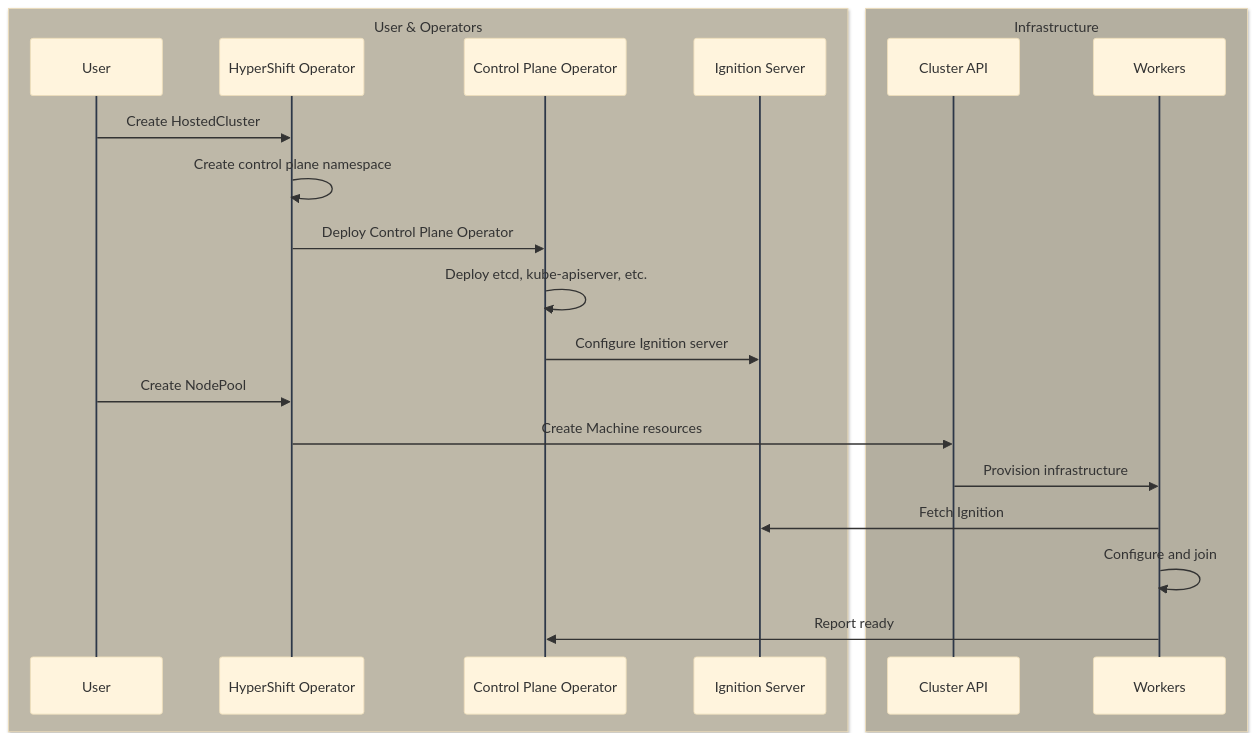
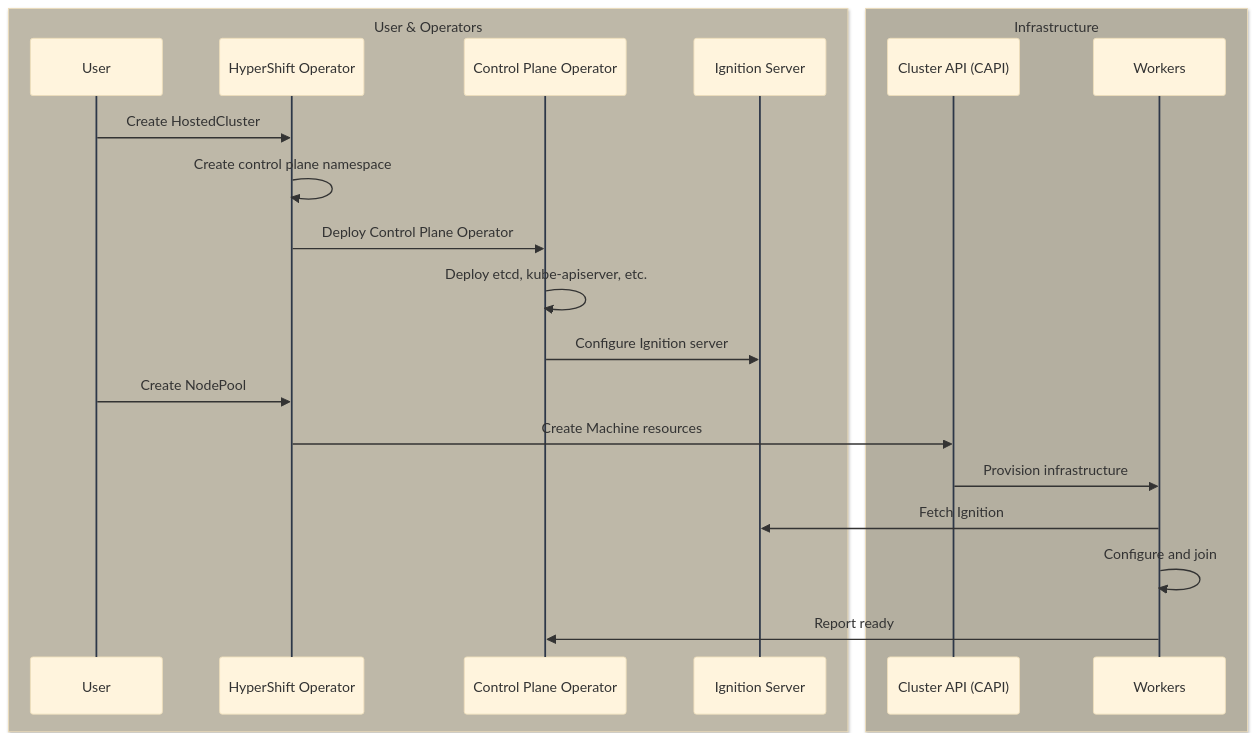
One commit to zszabo-rh/openshift-install-guide changed the third of 4 diagrams in 05-hosted-control-planes/hcp-overview.md. Above: the diagram before and after it, drawn with Mermaid. The commit also changed other lines of this file and 23 other files, not shown here.

````diff
--- a/05-hosted-control-planes/hcp-overview.md
+++ b/05-hosted-control-planes/hcp-overview.md
@@ -270,28 +272,28 @@
 ```mermaid
 %%{init: {'theme': 'base', 'themeVariables': { 'lineColor': '#2d3748', 'actorLineColor': '#2d3748' }}}%%
 sequenceDiagram
     box rgb(190,184,168) User & Operators
         participant User
         participant HO as HyperShift Operator
         participant CPO as Control Plane Operator
         participant IGN as Ignition Server
     end
     
     box rgb(180,175,160) Infrastructure
-        participant CAPI as Cluster API
+        participant CAPI as Cluster API (CAPI)
         participant Workers
     end
     
     User->>HO: Create HostedCluster
     HO->>HO: Create control plane namespace
     HO->>CPO: Deploy Control Plane Operator
     CPO->>CPO: Deploy etcd, kube-apiserver, etc.
     CPO->>IGN: Configure Ignition server
     
     User->>HO: Create NodePool
     HO->>CAPI: Create Machine resources
     CAPI->>Workers: Provision infrastructure
     Workers->>IGN: Fetch Ignition
     Workers->>Workers: Configure and join
     Workers->>CPO: Report ready
 ```
````
